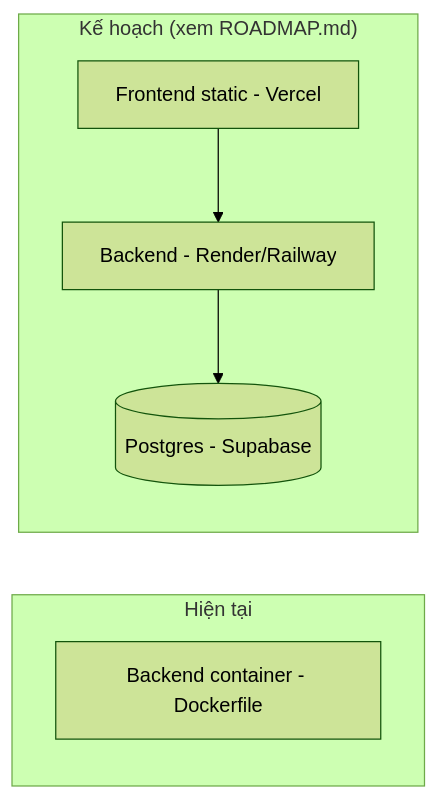
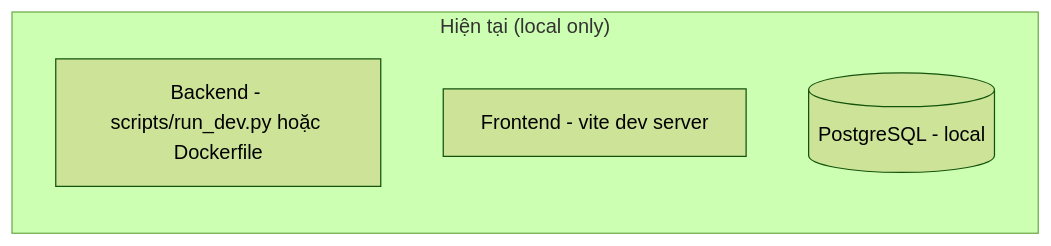
One commit to TueLT/Build-to-deploy changed the third of 3 diagrams in ARCHITECTURE.md. Above: the diagram before and after it, drawn with Mermaid (forest theme). The commit also changed other lines of this file and 78 other files, not shown here.

````diff
--- a/ARCHITECTURE.md
+++ b/ARCHITECTURE.md
@@ -124,12 +186,8 @@
 ```mermaid
 graph LR
-    subgraph Hiện tại
-        BE_C[Backend container - Dockerfile]
+    subgraph "Hiện tại (local only)"
+        BE_C[Backend - scripts/run_dev.py hoặc Dockerfile]
+        FE_C[Frontend - vite dev server]
+        DB_C[(PostgreSQL - local)]
     end
-    subgraph "Kế hoạch (xem ROADMAP.md)"
-        FE_H[Frontend static - Vercel]
-        BE_H[Backend - Render/Railway]
-        DB_H[(Postgres - Supabase)]
-    end
-    FE_H --> BE_H --> DB_H
 ```
````
